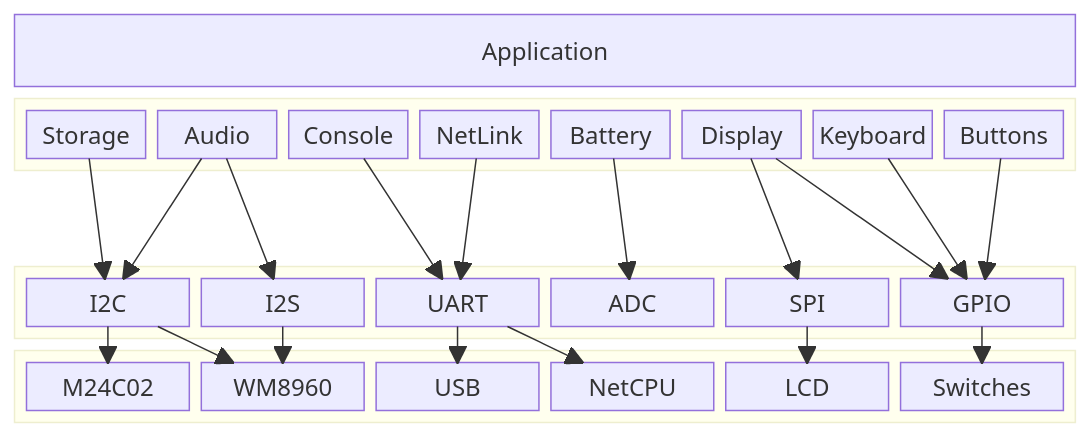
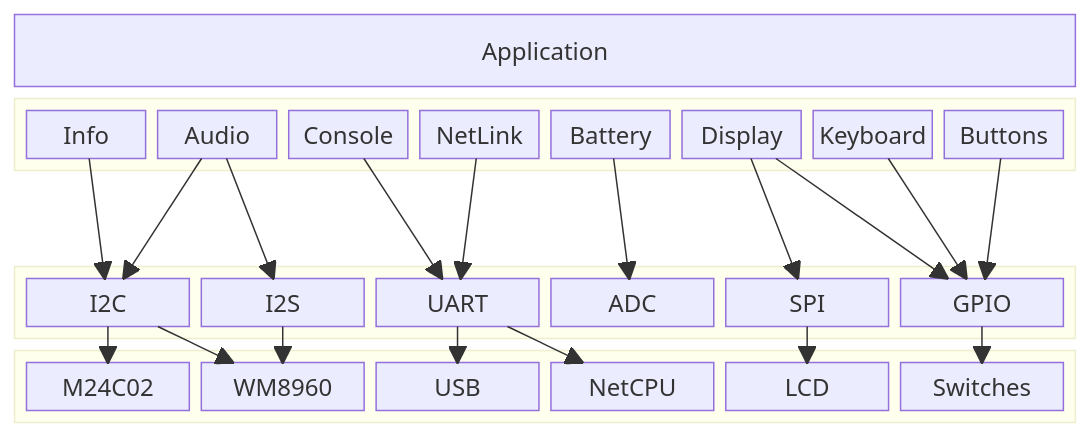
One commit to fluffy/bare-rust changed the sixth of 6 diagrams in Architecture.md. Above: the diagram before and after it, drawn with Mermaid. The commit also changed 2 other files, not shown here.

Commit message:
rename storage to info

````diff
--- a/Architecture.md
+++ b/Architecture.md
@@ -113,49 +113,49 @@
 ```mermaid
 block-beta
     columns 1
     Application
     block: BSP
-        Storage
+        Info
         Audio
         Console
         NetLink
         Battery
         Display
         Keyboard
         Buttons
     end
     space
     block: HAL
         I2C
         I2S
         UART
         ADC
         SPI
         GPIO
     end
     block: Hardware
         M24C02
         WM8960
         USB
         NetCPU
         LCD
         Switches
     end
     Keyboard --> GPIO
     Display --> SPI
     Display --> GPIO
     Audio --> I2S
     Audio --> I2C
-    Storage --> I2C
+    Info --> I2C
     Battery --> ADC
     Console --> UART
     Buttons --> GPIO
     NetLink --> UART
     SPI --> LCD
     UART --> NetCPU
     I2C --> WM8960
     I2S --> WM8960
     I2C --> M24C02
     GPIO --> Switches
     UART --> USB
 ```
````
